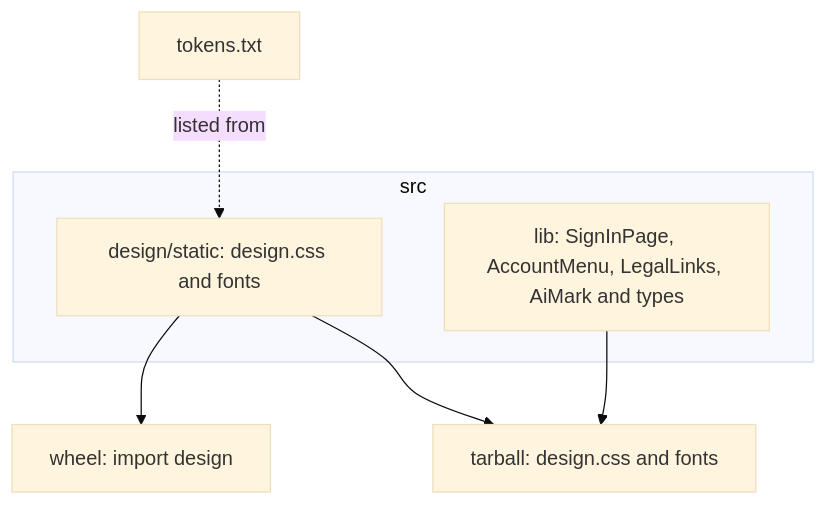
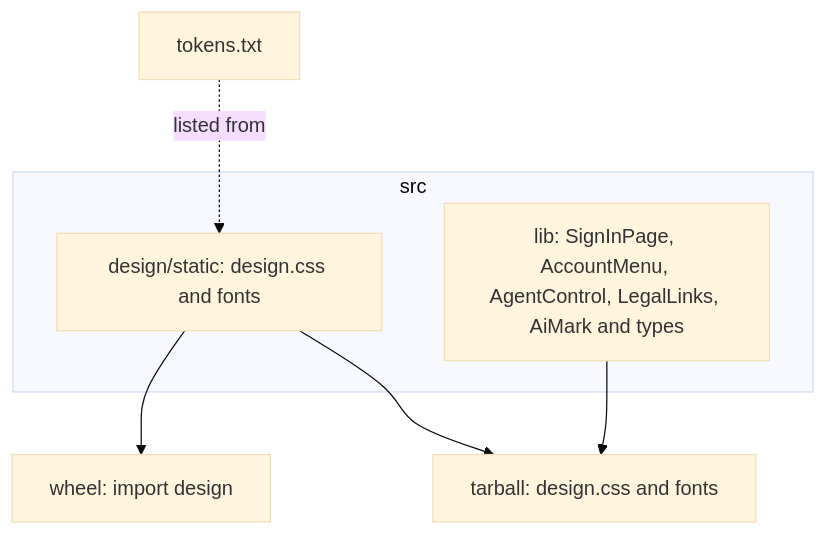
One commit to overnightworks/appkit changed the second of 3 diagrams in docs/ARCHITECTURE.md. Above: the diagram before and after it, drawn with Mermaid (base theme). The commit also changed other lines of this file and 14 other files, not shown here.

First line of the commit message:
Add the AgentControl component (v0.21.0) (#161)

````diff
--- a/docs/ARCHITECTURE.md
+++ b/docs/ARCHITECTURE.md
@@ -32,11 +32,11 @@
 ```mermaid
 flowchart TB
   subgraph source[src]
     css[design/static: design.css and fonts]
-    comp[lib: SignInPage, AccountMenu, LegalLinks, AiMark and types]
+    comp[lib: SignInPage, AccountMenu, AgentControl, LegalLinks, AiMark and types]
   end
   css --> wheel[wheel: import design]
   css --> tgz[tarball: design.css and fonts]
   comp --> tgz
   tokens[tokens.txt] -. listed from .-> css
 ```
````
